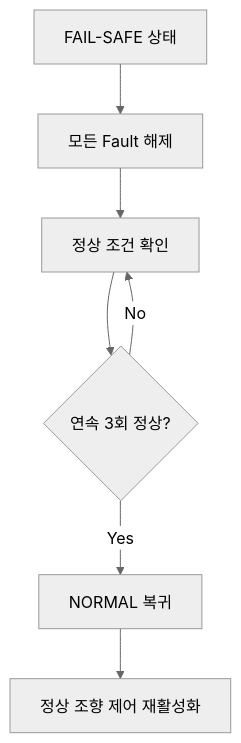
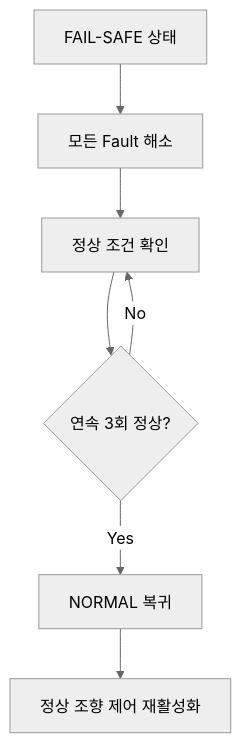
One commit to kwangil1245-code/iso26262-sbw-failsafe changed the third of 3 diagrams in iso26262-sbw-failsafe/workproducts/03_SW_Requirements.md. Above: the diagram before and after it, drawn with Mermaid (neutral theme). The commit also changed other lines of this file, not shown here.

````diff
--- a/iso26262-sbw-failsafe/workproducts/03_SW_Requirements.md
+++ b/iso26262-sbw-failsafe/workproducts/03_SW_Requirements.md
@@ -197,9 +205,9 @@
 ```mermaid
 flowchart TD
-    A["FAIL-SAFE 상태"] --> B["모든 Fault 해제"]
+    A["FAIL-SAFE 상태"] --> B["모든 Fault 해소"]
     B --> C["정상 조건 확인"]
     C --> D{"연속 3회 정상?"}
     D -- "No" --> C
     D -- "Yes" --> E["NORMAL 복귀"]
     E --> F["정상 조향 제어 재활성화"]
 ```
````
